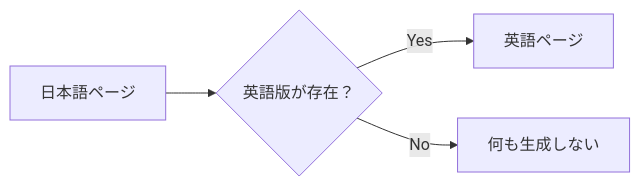
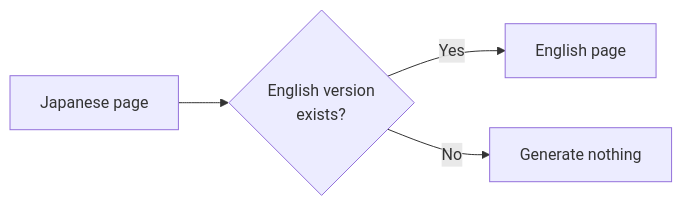
The fourth of 6 diagrams in docs/docs/guides/localization.md (Rerurate514/riebeckite), drawn with Mermaid before and after one commit. The commit also changed other lines of this file and 604 other files, not shown here.

````diff
--- a/docs/docs/guides/localization.md
+++ b/docs/docs/guides/localization.md
@@ -253,9 +221,9 @@
 ```mermaid
 flowchart LR
-    JA["日本語ページ"]
-    Check{"英語版が存在？"}
+    JA["Japanese page"]
+    Check{"English version<br/>exists?"}
 
     JA --> Check
-    Check -->|Yes| EN["英語ページ"]
-    Check -->|No| None["何も生成しない"]
+    Check -->|Yes| EN["English page"]
+    Check -->|No| None["Generate nothing"]
 ```
````
